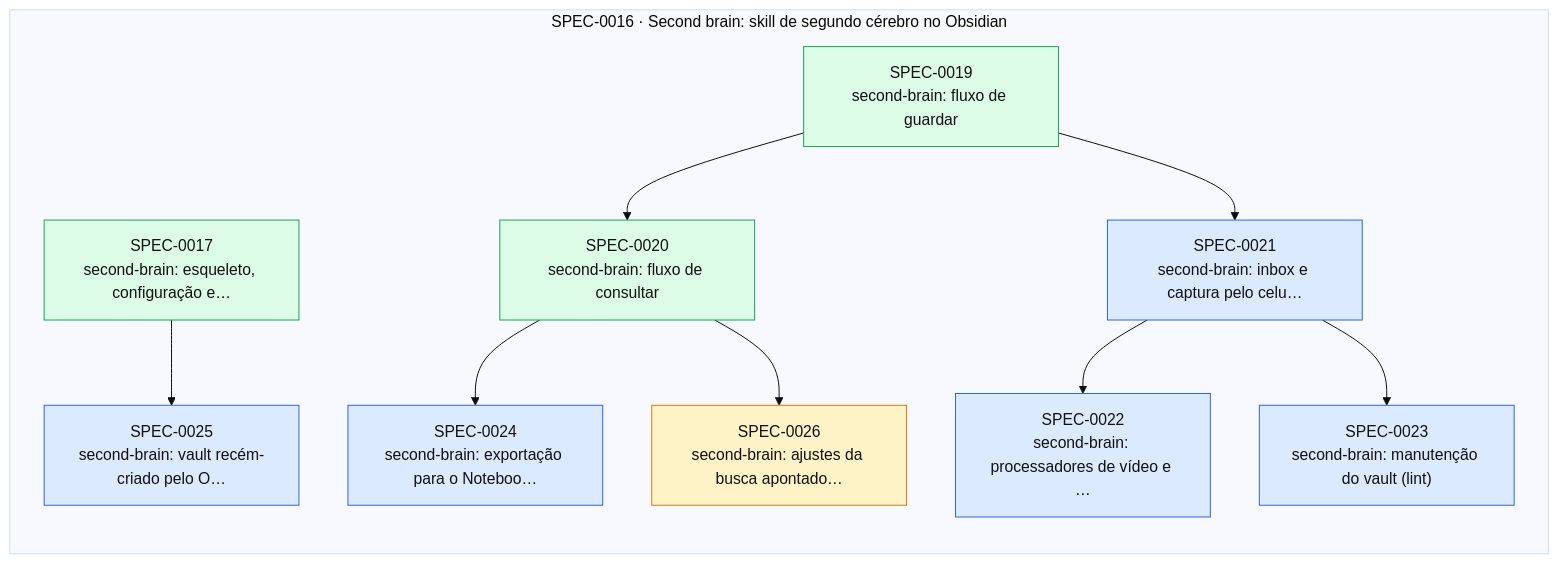
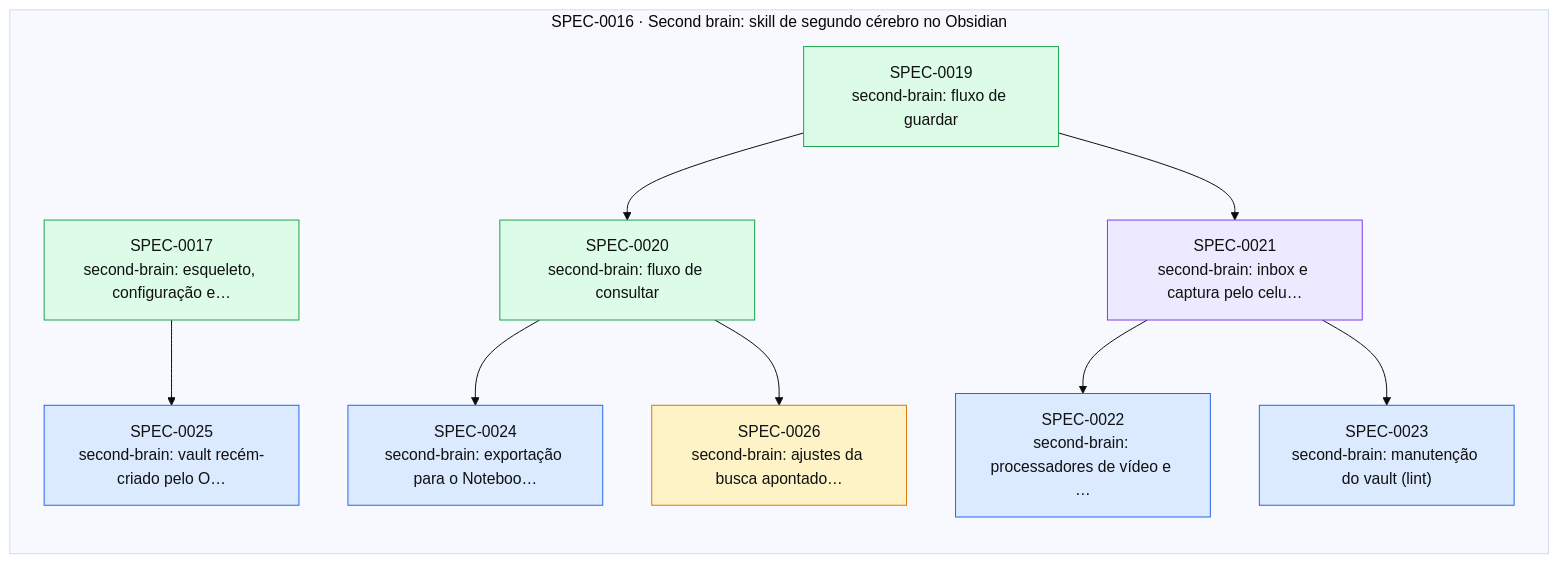
Before and after one commit to thomasravache/ai-dev-brain: the diagram in docs/specs/INDEX.md, drawn with Mermaid (base theme). The commit also changed other lines of this file and 1 other file, not shown here.

First line of the commit message:
docs(specs): SPEC-0021 em execução

````diff
--- a/docs/specs/INDEX.md
+++ b/docs/specs/INDEX.md
@@ -50,26 +50,26 @@
 ```mermaid
 flowchart LR
   subgraph E0016["SPEC-0016 · Second brain: skill de segundo cérebro no Obsidian"]
     S0017["SPEC-0017<br/>second-brain: esqueleto, configuração e…"]:::implemented
     S0019["SPEC-0019<br/>second-brain: fluxo de guardar"]:::implemented
     S0020["SPEC-0020<br/>second-brain: fluxo de consultar"]:::implemented
-    S0021["SPEC-0021<br/>second-brain: inbox e captura pelo celu…"]:::approved
+    S0021["SPEC-0021<br/>second-brain: inbox e captura pelo celu…"]:::inprogress
     S0022["SPEC-0022<br/>second-brain: processadores de vídeo e …"]:::approved
     S0023["SPEC-0023<br/>second-brain: manutenção do vault (lint)"]:::approved
     S0024["SPEC-0024<br/>second-brain: exportação para o Noteboo…"]:::approved
     S0025["SPEC-0025<br/>second-brain: vault recém-criado pelo O…"]:::approved
     S0026["SPEC-0026<br/>second-brain: ajustes da busca apontado…"]:::proposed
   end
   S0019 --> S0020
   S0019 --> S0021
   S0021 --> S0022
   S0021 --> S0023
   S0020 --> S0024
   S0017 --> S0025
   S0020 --> S0026
   classDef proposed fill:#fef3c7,stroke:#d97706,color:#111
   classDef approved fill:#dbeafe,stroke:#2563eb,color:#111
   classDef inprogress fill:#ede9fe,stroke:#7c3aed,color:#111
   classDef implemented fill:#dcfce7,stroke:#16a34a,color:#111
   classDef deprecated fill:#f3f4f6,stroke:#9ca3af,color:#6b7280
 ```
````
